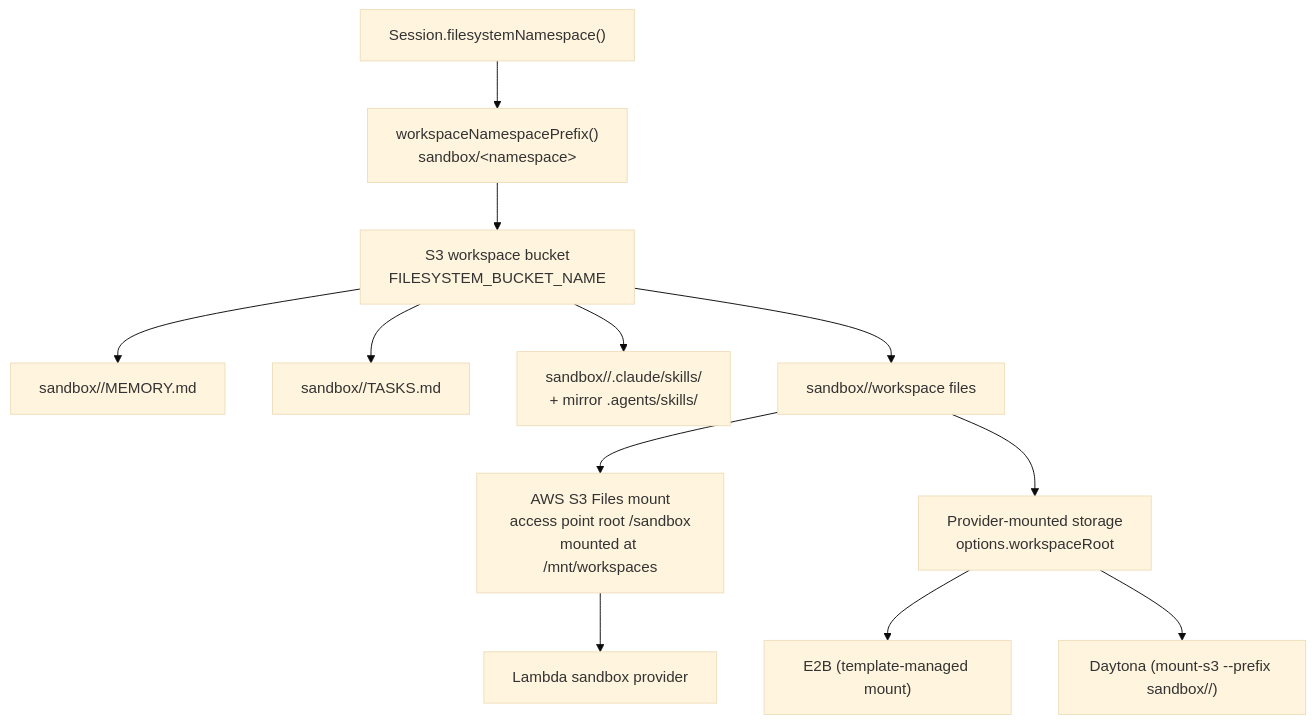
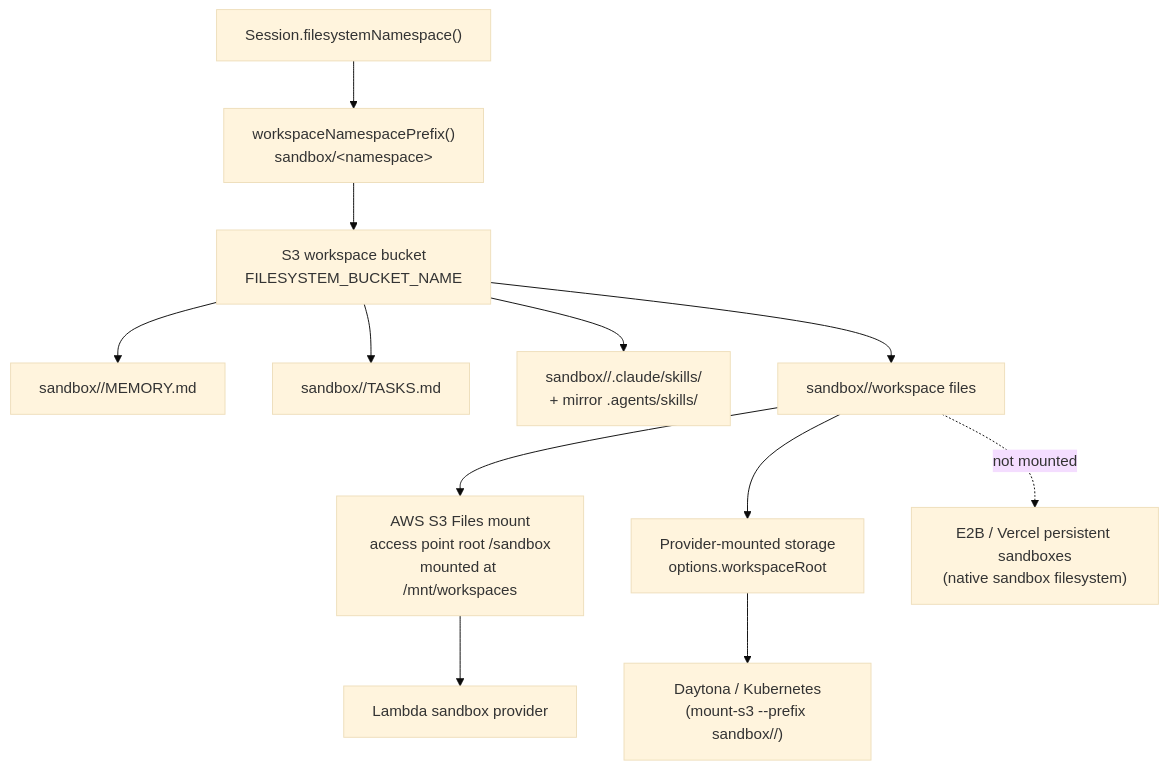
One commit to beeblastco/broods changed the diagram in docs/workspace/storage.md. Above: the diagram before and after it, drawn with Mermaid (base theme). The commit also changed other lines of this file and 69 other files, not shown here.

````diff
--- a/docs/workspace/storage.md
+++ b/docs/workspace/storage.md
@@ -32,14 +35,14 @@
 ```mermaid
 flowchart TD
   Namespace["Session.filesystemNamespace()"] --> Prefix["workspaceNamespacePrefix()<br/>sandbox/&lt;namespace&gt;"]
   Prefix --> S3["S3 workspace bucket<br/>FILESYSTEM_BUCKET_NAME"]
   S3 --> Memory["sandbox/<namespace>/MEMORY.md"]
   S3 --> Tasks["sandbox/<namespace>/TASKS.md"]
   S3 --> Skills["sandbox/<namespace>/.claude/skills/<name><br/>+ mirror .agents/skills/<name>"]
   S3 --> Files["sandbox/<namespace>/workspace files"]
   Files --> S3Files["AWS S3 Files mount<br/>access point root /sandbox<br/>mounted at /mnt/workspaces"]
   S3Files --> Lambda["Lambda sandbox provider"]
   Files --> ExternalMount["Provider-mounted storage<br/>options.workspaceRoot"]
-  ExternalMount --> E2B["E2B (template-managed mount)"]
-  ExternalMount --> Daytona["Daytona (mount-s3 --prefix sandbox/<namespace>/)"]
+  ExternalMount --> Daytona["Daytona / Kubernetes<br/>(mount-s3 --prefix sandbox/<namespace>/)"]
+  Files -.->|"not mounted"| NativeFS["E2B / Vercel persistent sandboxes<br/>(native sandbox filesystem)"]
 ```
````
